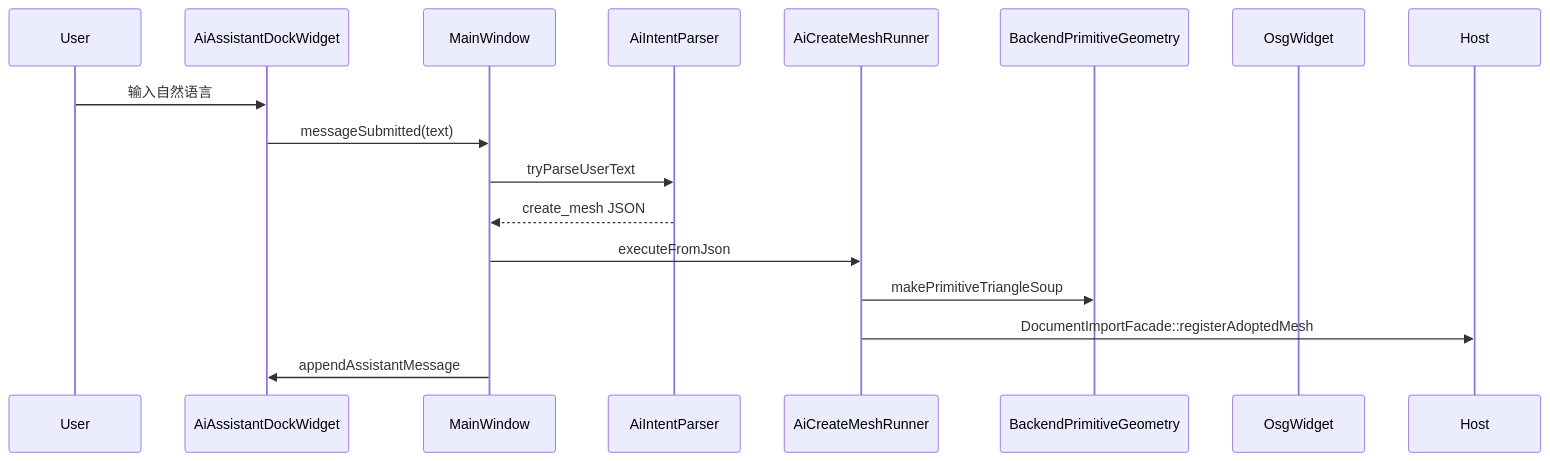
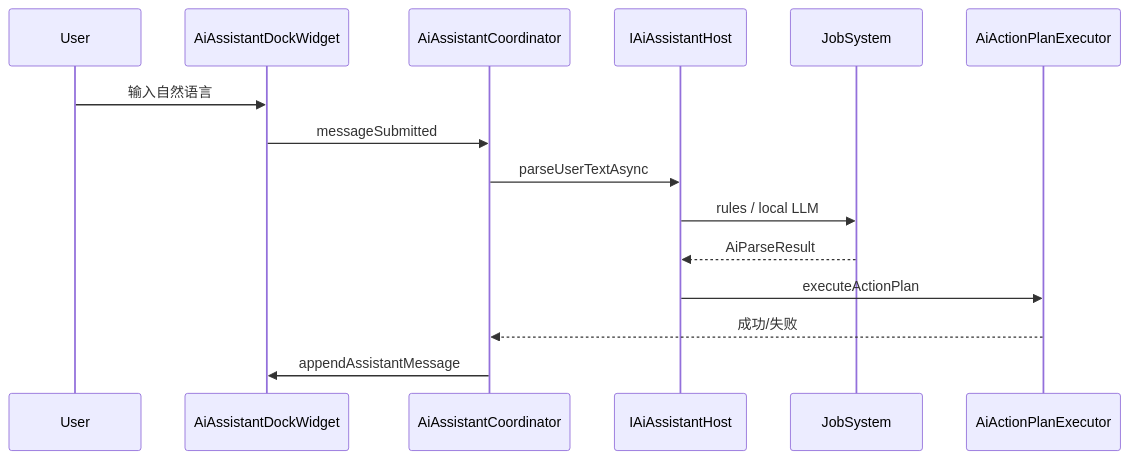
Before and after one commit to sanmunejdn/CloudSim: the fifth of 9 diagrams in ARCHITECTURE_SUMMARY.md, drawn with Mermaid. The commit also changed other lines of this file and 91 other files, not shown here.

````diff
--- a/ARCHITECTURE_SUMMARY.md
+++ b/ARCHITECTURE_SUMMARY.md
@@ -469,19 +503,18 @@
 ```mermaid
 sequenceDiagram
     participant User as User
     participant Dock as AiAssistantDockWidget
-    participant MW as MainWindow
-    participant Parse as AiIntentParser
-    participant Run as AiCreateMeshRunner
-    participant Geo as BackendPrimitiveGeometry
-    participant OSG as OsgWidget
+    participant Coord as AiAssistantCoordinator
+    participant Host as IAiAssistantHost
+    participant Job as JobSystem
+    participant Exec as AiActionPlanExecutor
 
     User->>Dock: 输入自然语言
-    Dock->>MW: messageSubmitted(text)
-    MW->>Parse: tryParseUserText
-    Parse-->>MW: create_mesh JSON
-    MW->>Run: executeFromJson
-    Run->>Geo: makePrimitiveTriangleSoup
-    Run->>Host: DocumentImportFacade::registerAdoptedMesh
-    MW->>Dock: appendAssistantMessage
+    Dock->>Coord: messageSubmitted
+    Coord->>Host: parseUserTextAsync
+    Host->>Job: rules / local LLM
+    Job-->>Host: AiParseResult
+    Host->>Exec: executeActionPlan
+    Exec-->>Coord: 成功/失败
+    Coord->>Dock: appendAssistantMessage
 ```
````
